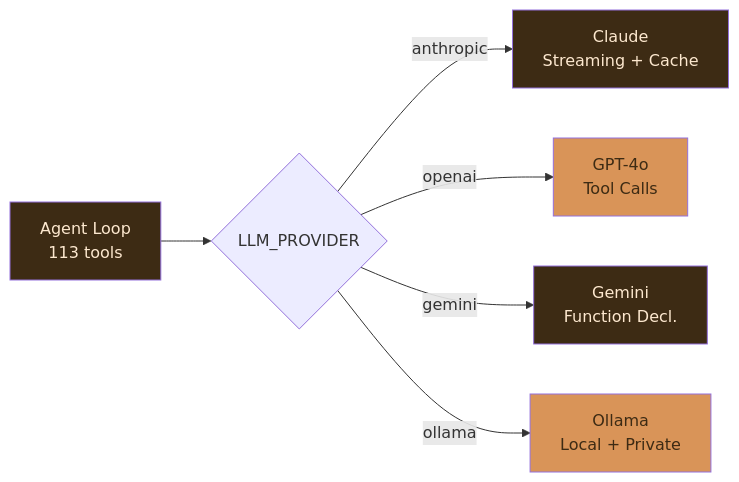
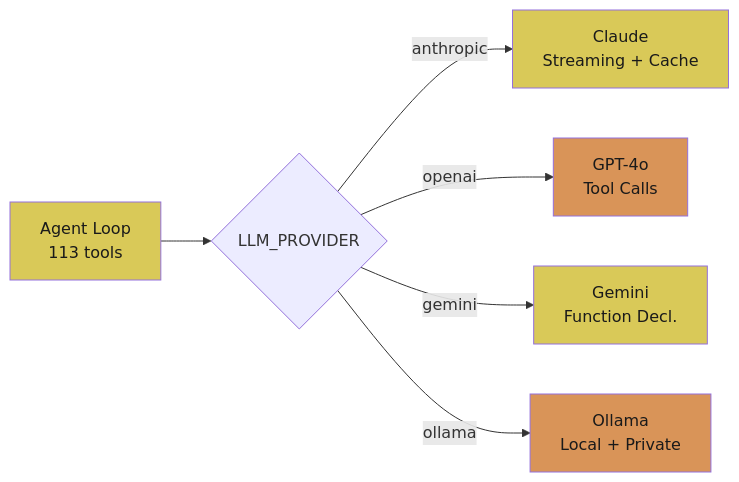
The fourth of 25 diagrams in README.md (JosephOIbrahim/Comfy-Cozy), drawn with Mermaid before and after one commit. The commit also changed other lines of this file, not shown here.

First line of the commit message:
[DOCS] Mermaid palette: two-tone muted orange/yellow with black text

````diff
--- a/README.md
+++ b/README.md
@@ -299,14 +299,14 @@
 ```mermaid
 graph LR
     Agent[Agent Loop<br/>113 tools] --> LLM{LLM_PROVIDER}
     LLM -->|anthropic| A["Claude<br/>Streaming + Cache"]
     LLM -->|openai| B["GPT-4o<br/>Tool Calls"]
     LLM -->|gemini| C["Gemini<br/>Function Decl."]
     LLM -->|ollama| D["Ollama<br/>Local + Private"]
 
-    style Agent fill:#3d2b14,color:#fde8cf
-    style A fill:#3d2b14,color:#fde8cf
-    style B fill:#d99458,color:#3d2b14
-    style C fill:#3d2b14,color:#fde8cf
-    style D fill:#d99458,color:#3d2b14
+    style Agent fill:#d9c958,color:#1a1a1a
+    style A fill:#d9c958,color:#1a1a1a
+    style B fill:#d99458,color:#1a1a1a
+    style C fill:#d9c958,color:#1a1a1a
+    style D fill:#d99458,color:#1a1a1a
 ```
````
